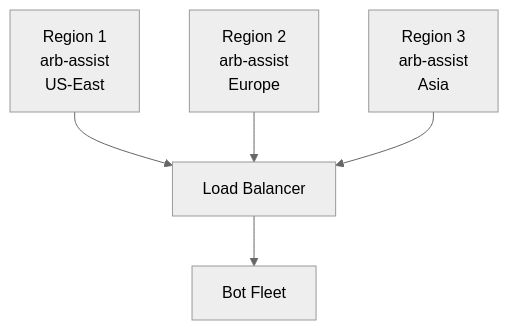
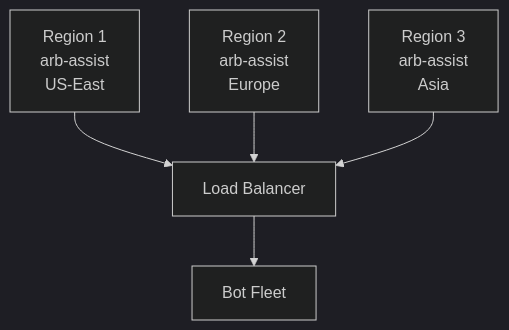
Before and after one commit to capicua4454/arb-assist: the diagram in docs/advanced-features/performance.md, drawn with Mermaid. The commit also changed 2 other files, not shown here.

Commit message:
Use Mermaid dark theme for better dark mode support
- Added frontmatter config with theme: 'dark' to all Mermaid diagrams
- The dark theme is specifically designed to work well in dark environments
- This should provide better contrast and readability in GitBook's dark mode
- Removed unnecessary CSS file

````diff
--- a/docs/advanced-features/performance.md
+++ b/docs/advanced-features/performance.md
@@ -387,14 +387,17 @@
 ```mermaid
-%%{init: {'theme':'neutral'}}%%
+---
+config:
+  theme: 'dark'
+---
 graph TD
     R1[Region 1<br/>arb-assist<br/>US-East]
     R2[Region 2<br/>arb-assist<br/>Europe]
     R3[Region 3<br/>arb-assist<br/>Asia]
     LB[Load Balancer]
     BF[Bot Fleet]
     
     R1 --> LB
     R2 --> LB
     R3 --> LB
     LB --> BF
 ```
````
